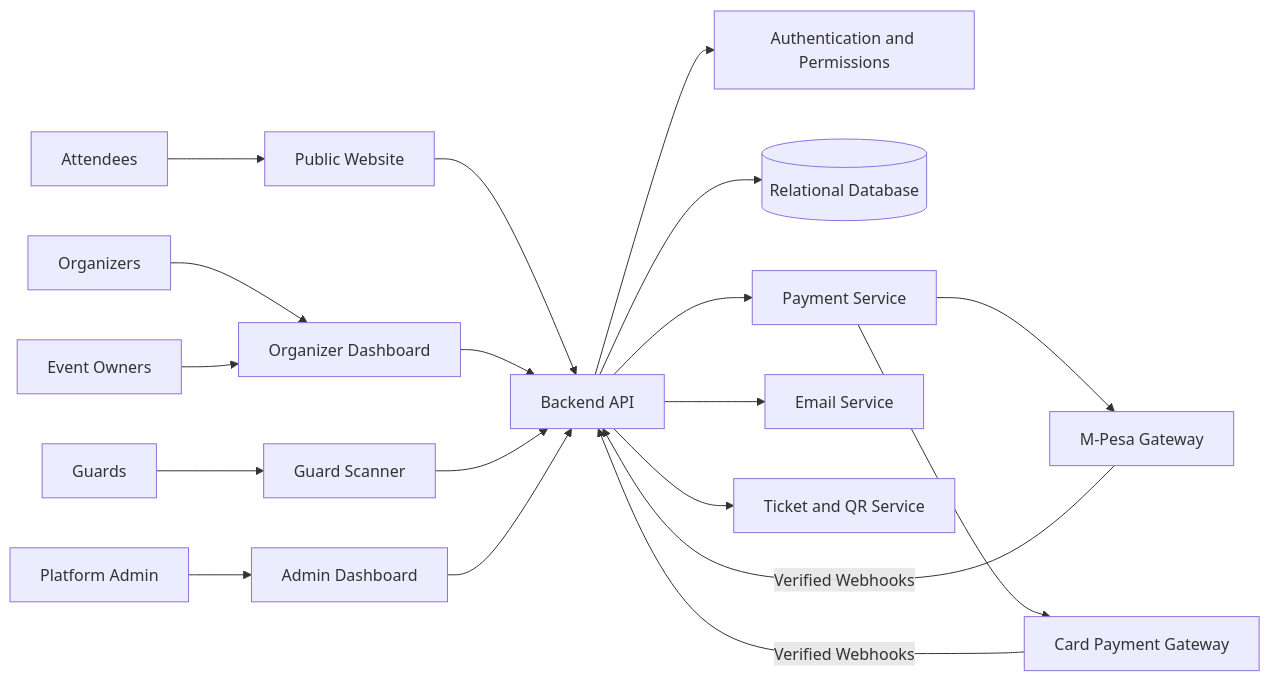
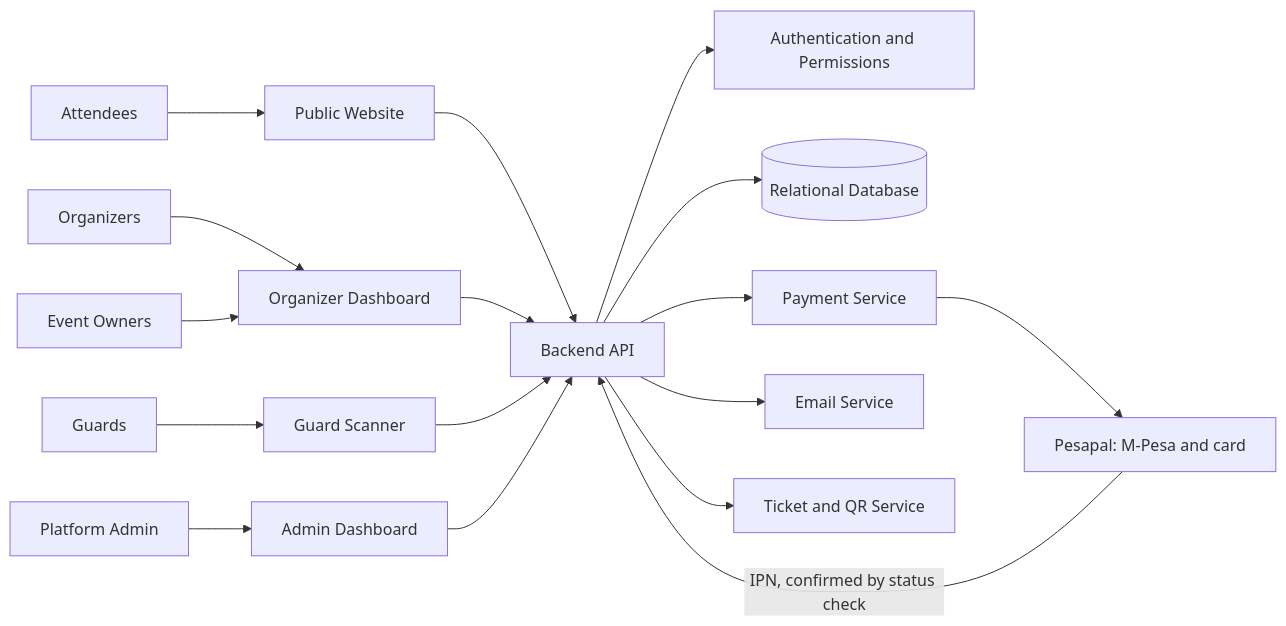
Before and after one commit to kreativesahara/ticket: the first of 7 diagrams in v1.md, drawn with Mermaid. The commit also changed other lines of this file and 7 other files, not shown here.

Commit message:
refactor: update architecture and prompt specs for single Next.js frontend repository structure

````diff
--- a/v1.md
+++ b/v1.md
@@ -42,24 +42,22 @@
 ```mermaid
 flowchart LR
     Attendees --> PW[Public Website]
     Organizers --> OD[Organizer Dashboard]
     EO[Event Owners] --> OD
     Guards --> GS[Guard Scanner]
     PA[Platform Admin] --> AD[Admin Dashboard]
 
     PW --> API[Backend API]
     OD --> API
     GS --> API
     AD --> API
 
     API --> AUTH[Authentication and Permissions]
     API --> DB[(Relational Database)]
     API --> PAY[Payment Service]
     API --> EMAIL[Email Service]
     API --> QR[Ticket and QR Service]
 
-    PAY --> MPESA[M-Pesa Gateway]
-    PAY --> CARD[Card Payment Gateway]
-    MPESA -- Verified Webhooks --> API
-    CARD -- Verified Webhooks --> API
+    PAY --> PESAPAL[Pesapal: M-Pesa and card]
+    PESAPAL -- IPN, confirmed by status check --> API
 ```
````
